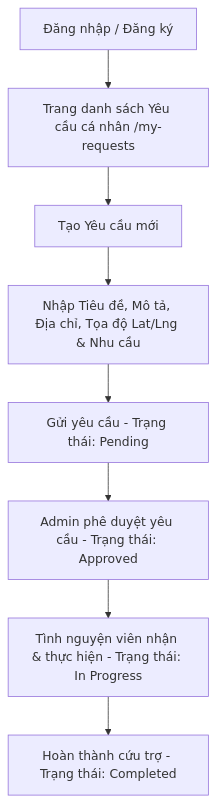
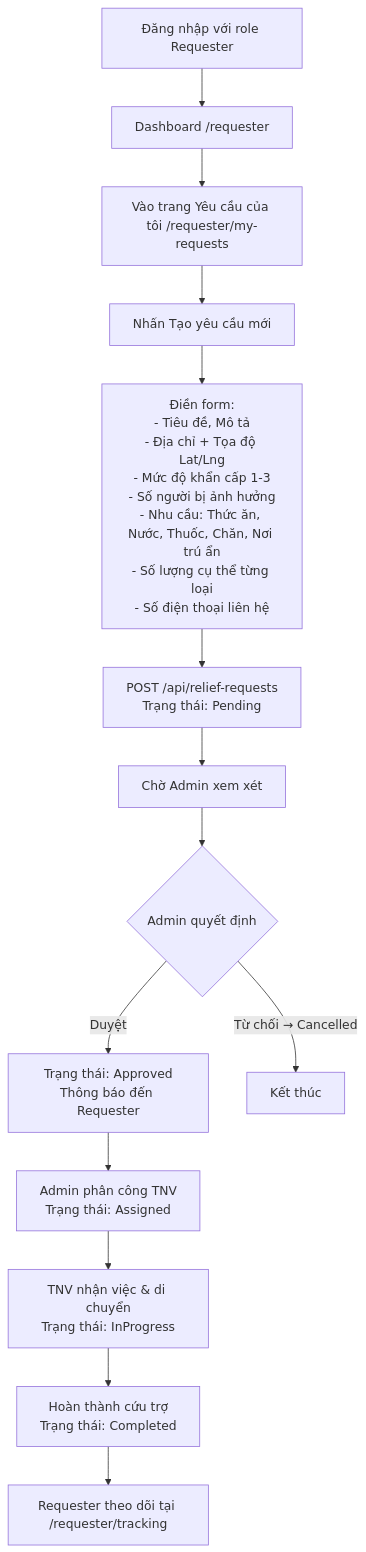
The second of 11 diagrams in README.md (Relief-Platform/FRONTEND), drawn with Mermaid before and after one commit. The commit also changed other lines of this file, not shown here.

````diff
--- a/README.md
+++ b/README.md
@@ -267,10 +219,16 @@
 ```mermaid
 graph TD
-    A[Đăng nhập / Đăng ký] --> B[Trang danh sách Yêu cầu cá nhân /my-requests]
-    B --> C[Tạo Yêu cầu mới]
-    C --> D[Nhập Tiêu đề, Mô tả, Địa chỉ, Tọa độ Lat/Lng & Nhu cầu]
-    D --> E[Gửi yêu cầu - Trạng thái: Pending]
-    E --> F[Admin phê duyệt yêu cầu - Trạng thái: Approved]
-    F --> G[Tình nguyện viên nhận & thực hiện - Trạng thái: In Progress]
-    G --> H[Hoàn thành cứu trợ - Trạng thái: Completed]
+    A[Đăng nhập với role Requester] --> B[Dashboard /requester]
+    B --> C[Vào trang Yêu cầu của tôi /requester/my-requests]
+    C --> D[Nhấn Tạo yêu cầu mới]
+    D --> E[Điền form:\n- Tiêu đề, Mô tả\n- Địa chỉ + Tọa độ Lat/Lng\n- Mức độ khẩn cấp 1-3\n- Số người bị ảnh hưởng\n- Nhu cầu: Thức ăn, Nước, Thuốc, Chăn, Nơi trú ẩn\n- Số lượng cụ thể từng loại\n- Số điện thoại liên hệ]
+    E --> F[POST /api/relief-requests\nTrạng thái: Pending]
+    F --> G[Chờ Admin xem xét]
+    G --> H{Admin quyết định}
+    H -- Duyệt --> I[Trạng thái: Approved\nThông báo đến Requester]
+    H -- Từ chối → Cancelled --> Z[Kết thúc]
+    I --> J[Admin phân công TNV\nTrạng thái: Assigned]
+    J --> K[TNV nhận việc & di chuyển\nTrạng thái: InProgress]
+    K --> L[Hoàn thành cứu trợ\nTrạng thái: Completed]
+    L --> M[Requester theo dõi tại /requester/tracking]
 ```
````
